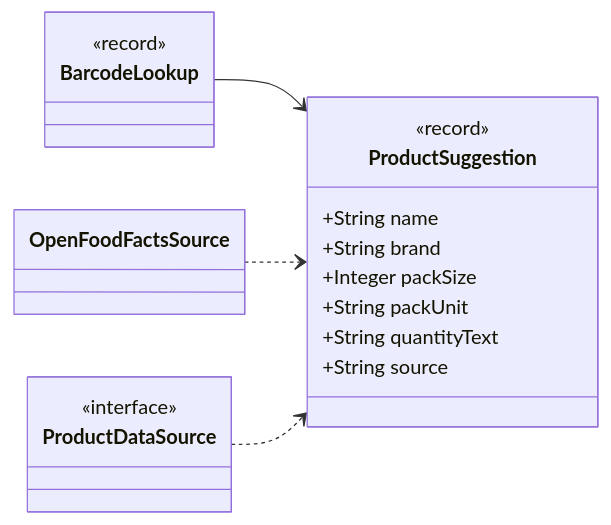
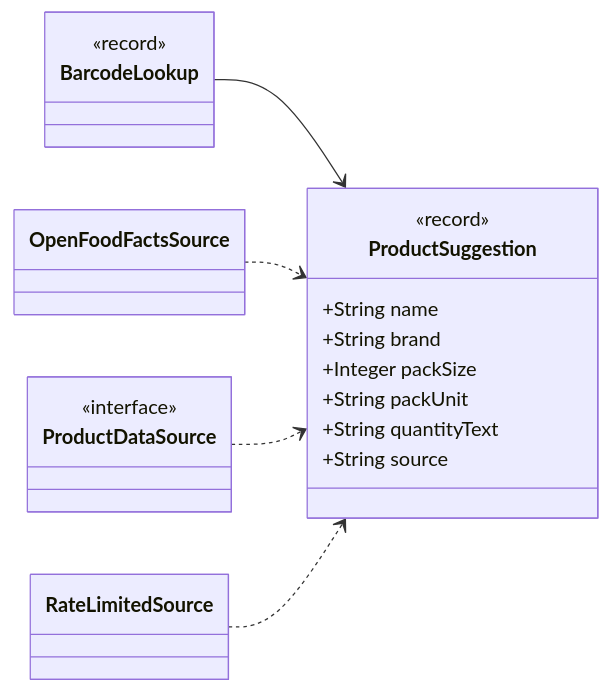
Diagram 21 of 22 in docs/classes/barcode.md (Nate-ryan-7690/dahaem), drawn with Mermaid before and after one commit. The commit also changed other lines of this file and 3 other files, not shown here.

````diff
--- a/docs/classes/barcode.md
+++ b/docs/classes/barcode.md
@@ -830,23 +836,25 @@
 ```mermaid
 classDiagram
     direction LR
     class barcode_ProductSuggestion["ProductSuggestion"] {
         <<record>>
         +String name
         +String brand
         +Integer packSize
         +String packUnit
         +String quantityText
         +String source
     }
     class barcode_BarcodeLookup["BarcodeLookup"] {
         <<record>>
     }
     class barcode_OpenFoodFactsSource["OpenFoodFactsSource"]
     class barcode_ProductDataSource["ProductDataSource"] {
         <<interface>>
     }
+    class barcode_RateLimitedSource["RateLimitedSource"]
     barcode_BarcodeLookup --> barcode_ProductSuggestion
     barcode_OpenFoodFactsSource ..> barcode_ProductSuggestion
     barcode_ProductDataSource ..> barcode_ProductSuggestion
+    barcode_RateLimitedSource ..> barcode_ProductSuggestion
 ```
````
